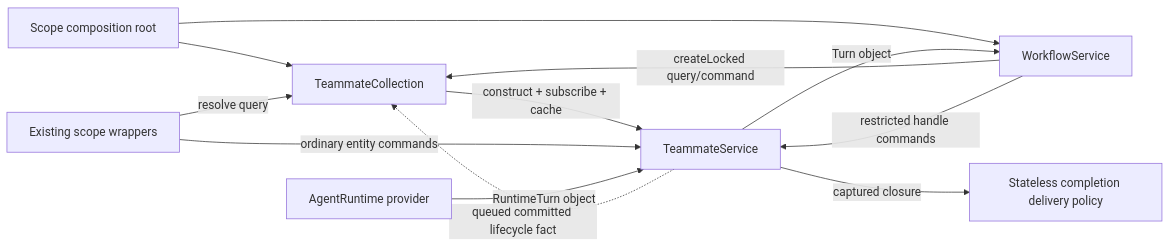
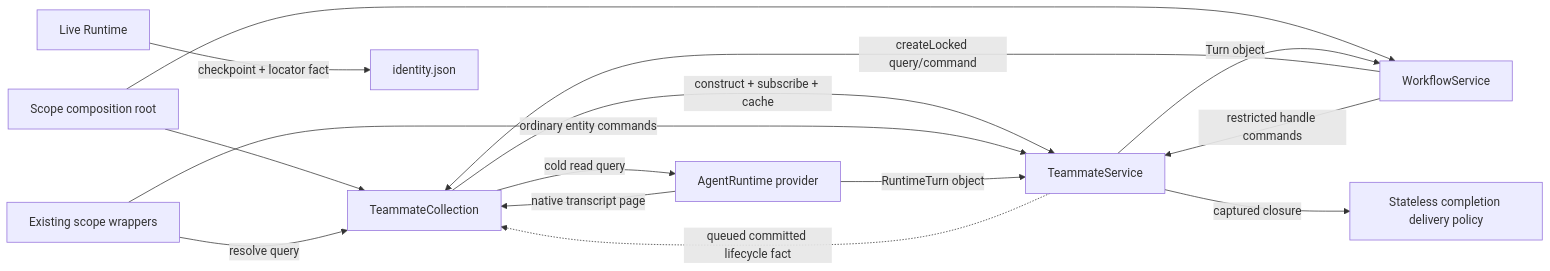
One commit to excitedjs/dreamux changed the second of 2 diagrams in .agents/tasks/workflow/unified-teammate-lifecycle/technical-design/final.md. Above: the diagram before and after it, drawn with Mermaid. The commit also changed other lines of this file and 138 other files, not shown here.

````diff
--- a/.agents/tasks/workflow/unified-teammate-lifecycle/technical-design/final.md
+++ b/.agents/tasks/workflow/unified-teammate-lifecycle/technical-design/final.md
@@ -125,14 +177,17 @@
 ```mermaid
 flowchart LR
   Root[Scope composition root] --> Collection[TeammateCollection]
   Root --> Workflow[WorkflowService]
   Collection -->|construct + subscribe + cache| Entity[TeammateService]
   Workflow -->|createLocked query/command| Collection
   Workflow -->|restricted handle commands| Entity
   Public[Existing scope wrappers] -->|resolve query| Collection
   Public -->|ordinary entity commands| Entity
   Entity -. queued committed lifecycle fact .-> Collection
   Provider[AgentRuntime provider] -->|RuntimeTurn object| Entity
   Entity -->|Turn object| Workflow
   Entity -->|captured closure| Delivery[Stateless completion delivery policy]
+  Collection -->|cold read query| Provider
+  Provider -->|native transcript page| Collection
+  Runtime[Live Runtime] -->|checkpoint + locator fact| Identity[identity.json]
 ```
````
